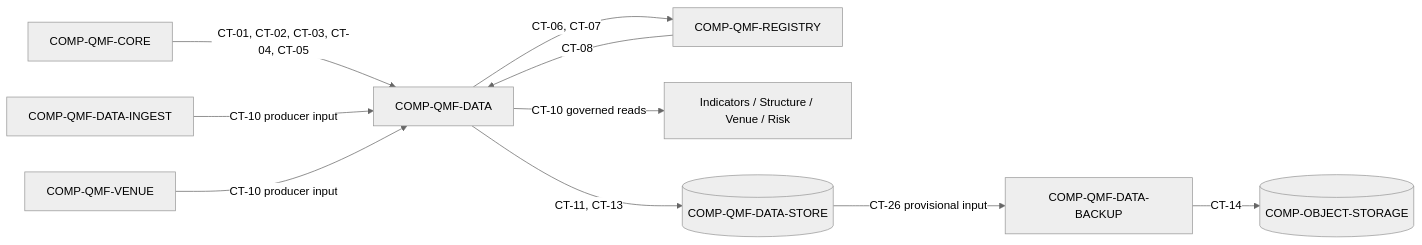
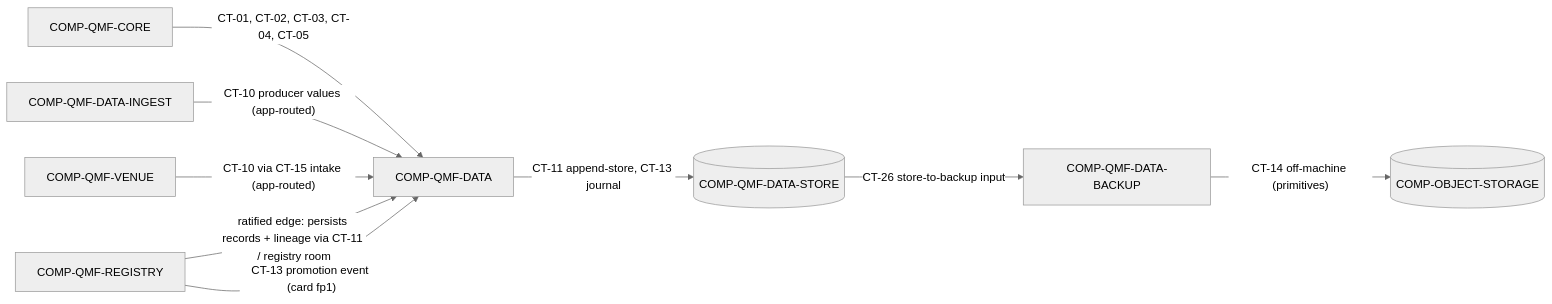
Before and after one commit to MubarakHimself/QMX: the second of 2 diagrams in docs/components/qmf-data.md, drawn with Mermaid (neutral theme). The commit also changed other lines of this file and 183 other files, not shown here.

````diff
--- a/docs/components/qmf-data.md
+++ b/docs/components/qmf-data.md
@@ -71,21 +110,19 @@
 ```mermaid
 flowchart LR
     core[COMP-QMF-CORE]
-    registry[COMP-QMF-REGISTRY]
     ingest[COMP-QMF-DATA-INGEST]
     venue[COMP-QMF-VENUE]
     data[COMP-QMF-DATA]
-    readers["Indicators / Structure / Venue / Risk"]
+    registry[COMP-QMF-REGISTRY]
     store[(COMP-QMF-DATA-STORE)]
     backup[COMP-QMF-DATA-BACKUP]
     object[(COMP-OBJECT-STORAGE)]
     core -->|"CT-01, CT-02, CT-03, CT-04, CT-05"| data
-    registry -->|"CT-08"| data
-    data -->|"CT-06, CT-07"| registry
-    ingest -->|"CT-10 producer input"| data
-    venue -->|"CT-10 producer input"| data
-    data -->|"CT-10 governed reads"| readers
-    data -->|"CT-11, CT-13"| store
-    store -->|"CT-26 provisional input"| backup
-    backup -->|"CT-14"| object
+    ingest -->|"CT-10 producer values (app-routed)"| data
+    venue -->|"CT-10 via CT-15 intake (app-routed)"| data
+    registry -->|"ratified edge: persists records + lineage via CT-11 / registry room"| data
+    registry -->|"CT-13 promotion event (card fp1)"| data
+    data -->|"CT-11 append-store, CT-13 journal"| store
+    store -->|"CT-26 store-to-backup input"| backup
+    backup -->|"CT-14 off-machine (primitives)"| object
 ```
````
